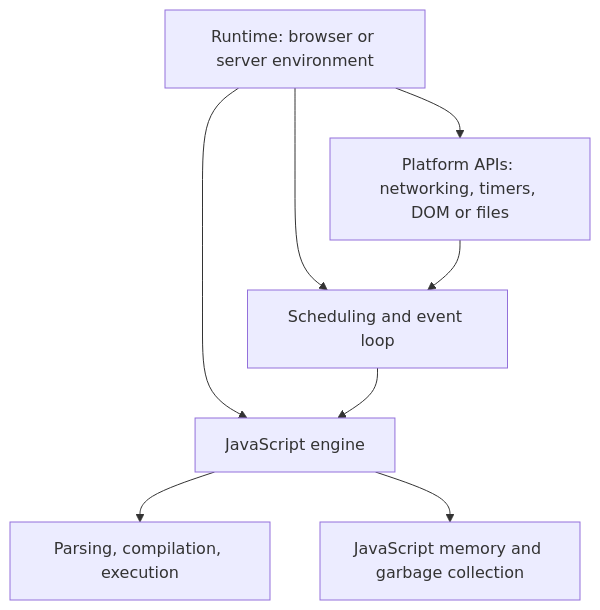
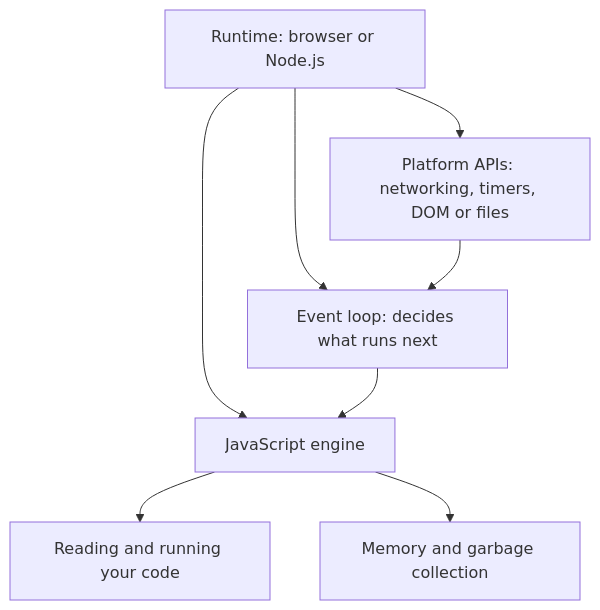
Before and after one commit to theo-matzavinos/dump: the diagram in src/content/blog/javascript-engines-and-runtimes.md, drawn with Mermaid. The commit also changed other lines of this file and 24 other files, not shown here.

First line of the commit message:
Revise all articles for voice, junior readers, and flow

````diff
--- a/src/content/blog/javascript-engines-and-runtimes.md
+++ b/src/content/blog/javascript-engines-and-runtimes.md
@@ -51,10 +48,10 @@
 ```mermaid
 flowchart TD
-    R[Runtime: browser or server environment] --> E[JavaScript engine]
+    R[Runtime: browser or Node.js] --> E[JavaScript engine]
     R --> A[Platform APIs: networking, timers, DOM or files]
-    R --> S[Scheduling and event loop]
-    E --> C[Parsing, compilation, execution]
-    E --> M[JavaScript memory and garbage collection]
+    R --> S[Event loop: decides what runs next]
+    E --> C[Reading and running your code]
+    E --> M[Memory and garbage collection]
     A --> S
     S --> E
 ```
````
